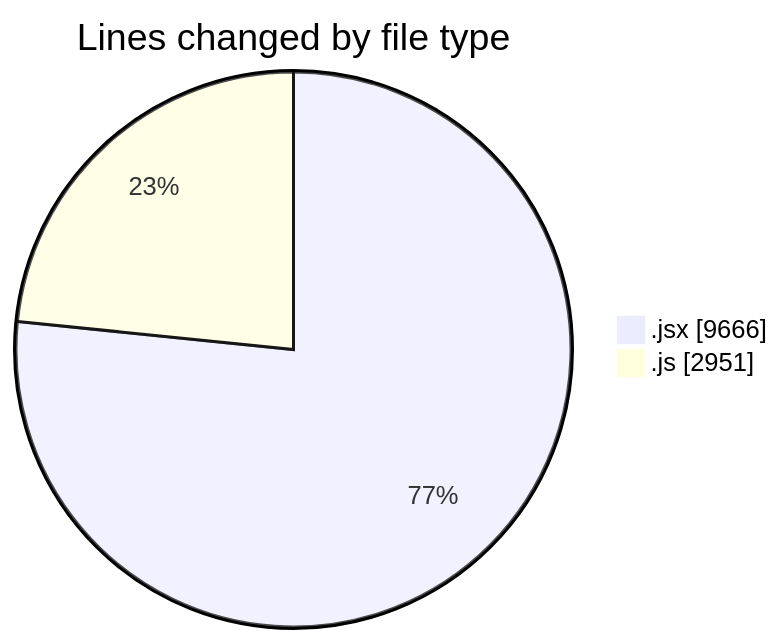
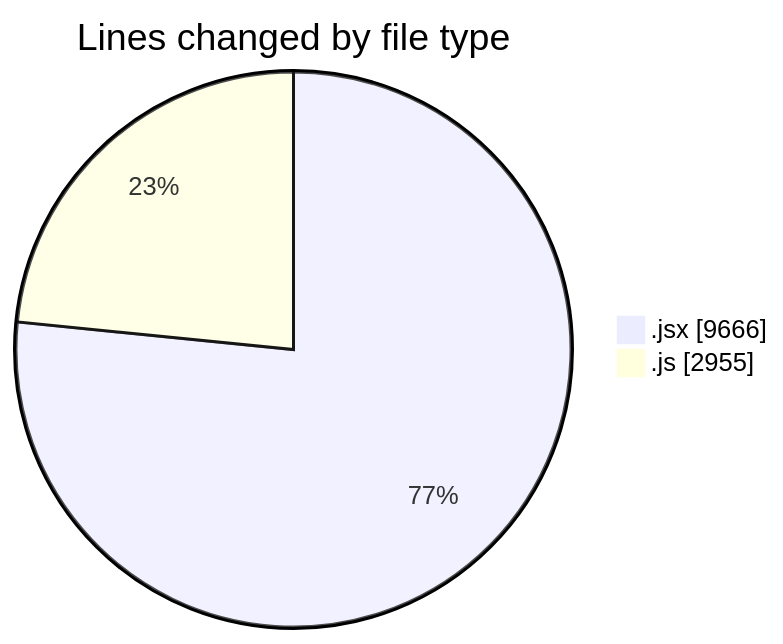
Before and after one commit to nxtqubesakshisongat/code-tracking: the first of 2 diagrams in 2025-12-11/nxtqube_webapp/README.md, drawn with Mermaid. The commit also changed other lines of this file and 1 other file, not shown here.

````diff
--- a/2025-12-11/nxtqube_webapp/README.md
+++ b/2025-12-11/nxtqube_webapp/README.md
@@ -34,6 +34,6 @@
 ```mermaid
 pie showData
 title Lines changed by file type
 ".jsx" : 9666
-".js" : 2951
+".js" : 2955
 ```
````
